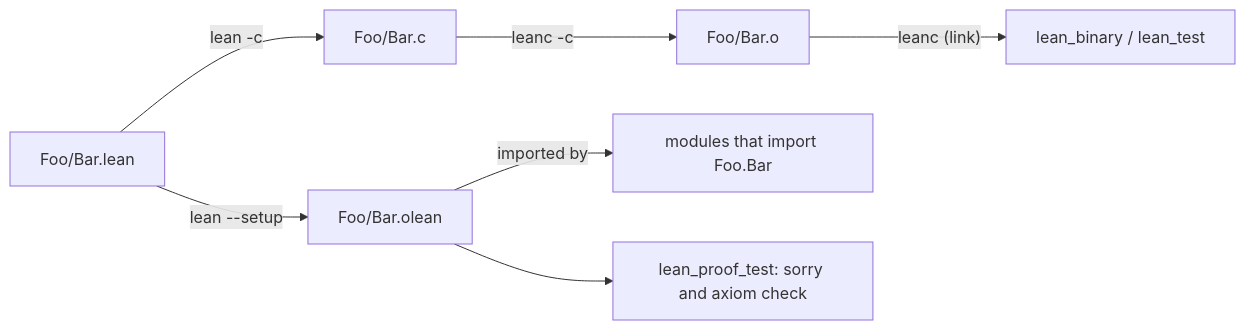
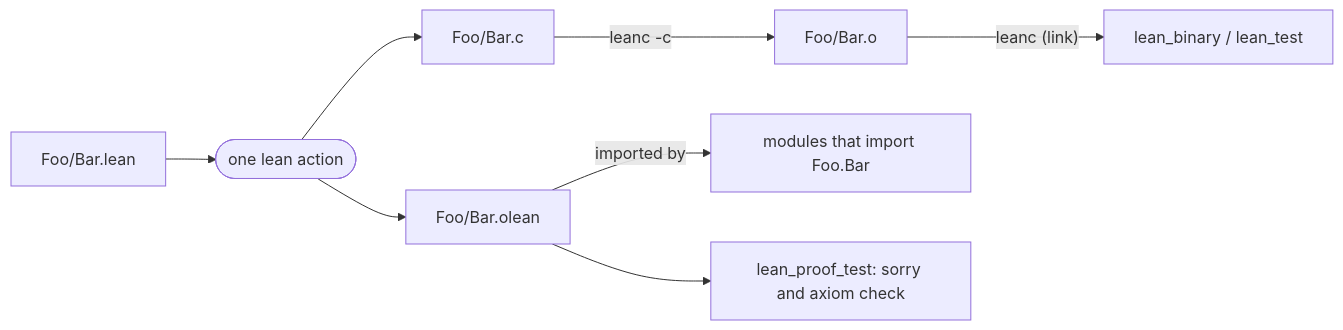
One commit to martianoff/rules_lean changed the first of 2 diagrams in README.md. Above: the diagram before and after it, drawn with Mermaid.

Commit message:
docs: one lean action per module in the build diagram
Claude-Session: https://claude.ai/code/session_01UmefNM9xYSYM6F6a6YSHw4

````diff
--- a/README.md
+++ b/README.md
@@ -99,9 +99,10 @@
 ```mermaid
 flowchart LR
-    src["Foo/Bar.lean"] -->|"lean --setup"| olean["Foo/Bar.olean"]
-    src -->|"lean -c"| c["Foo/Bar.c"]
+    src["Foo/Bar.lean"] --> lean(["one lean action"])
+    lean --> olean["Foo/Bar.olean"]
+    lean --> c["Foo/Bar.c"]
     c -->|"leanc -c"| obj["Foo/Bar.o"]
     olean -->|"imported by"| next["modules that import Foo.Bar"]
     olean --> proof["lean_proof_test: sorry and axiom check"]
     obj -->|"leanc (link)"| exe["lean_binary / lean_test"]
 ```
````
